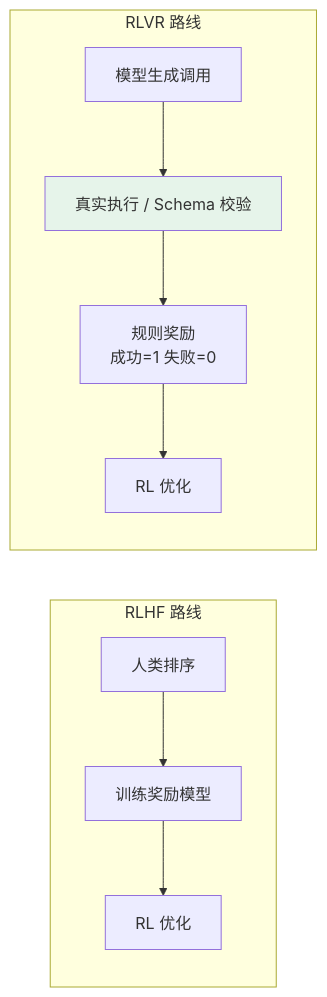
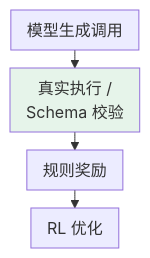
One commit to zongyangbigpolo/awesome-ai-roadmap changed the fourth of 5 diagrams in docs/tools/01-function-calling/02-tool-learning.zh.md. Above: the diagram before and after it, drawn with Mermaid. The commit also changed other lines of this file and 320 other files, not shown here.

First line of the commit message:
Prepare compact bilingual diagrams and centralized references for Kindle RC2

````diff
--- a/docs/tools/01-function-calling/02-tool-learning.zh.md
+++ b/docs/tools/01-function-calling/02-tool-learning.zh.md
@@ -151,13 +175,7 @@
 ```mermaid
-flowchart LR
-    subgraph RLHF["RLHF 路线"]
-        H1[人类排序] --> H2[训练奖励模型] --> H3[RL 优化]
-    end
-
-    subgraph RLVR["RLVR 路线"]
-        V1[模型生成调用] --> V2[真实执行 / Schema 校验]
-        V2 --> V3["规则奖励<br/>成功=1 失败=0"] --> V4[RL 优化]
-    end
-
+%%{init: {"flowchart": {"nodeSpacing": 12, "rankSpacing": 18, "padding": 8}}}%%
+flowchart TB
+        V1["模型生成调用"] --> V2["真实执行 /<br/>Schema 校验"]
+        V2 --> V3["规则奖励"] --> V4["RL 优化"]
     style V2 fill:#e6f4ea
 ```
````
